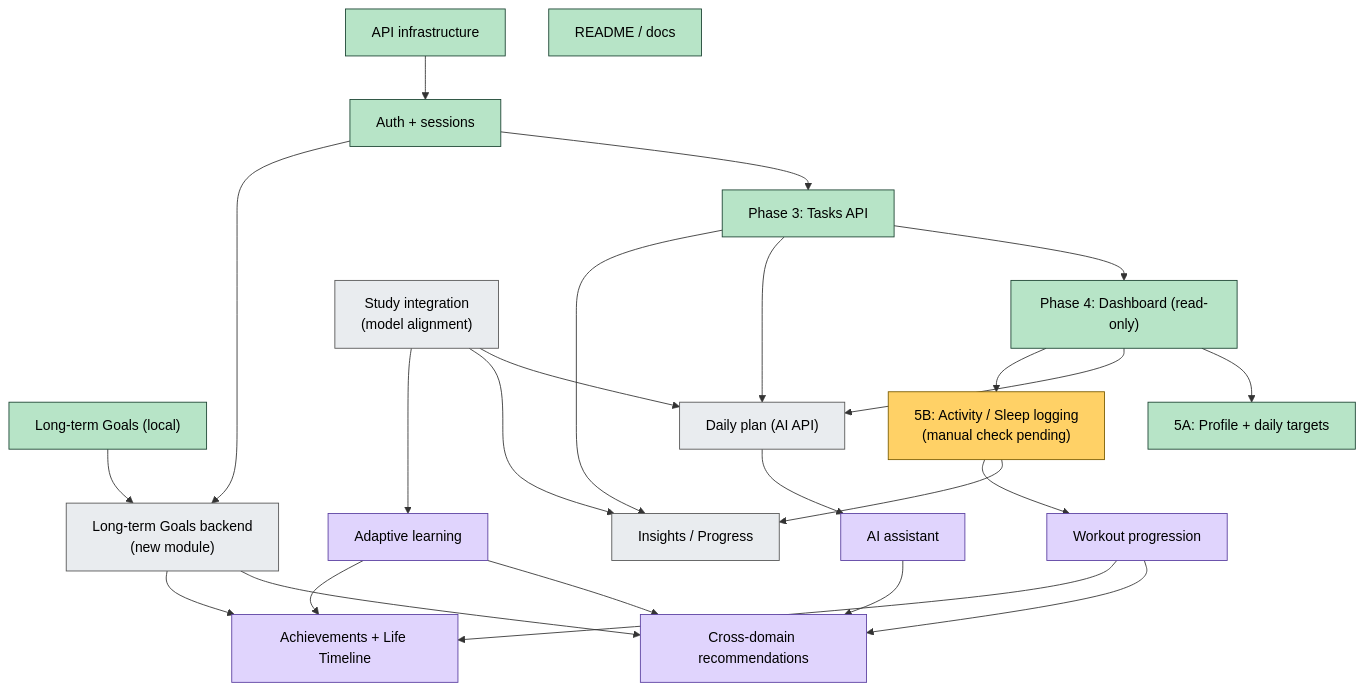
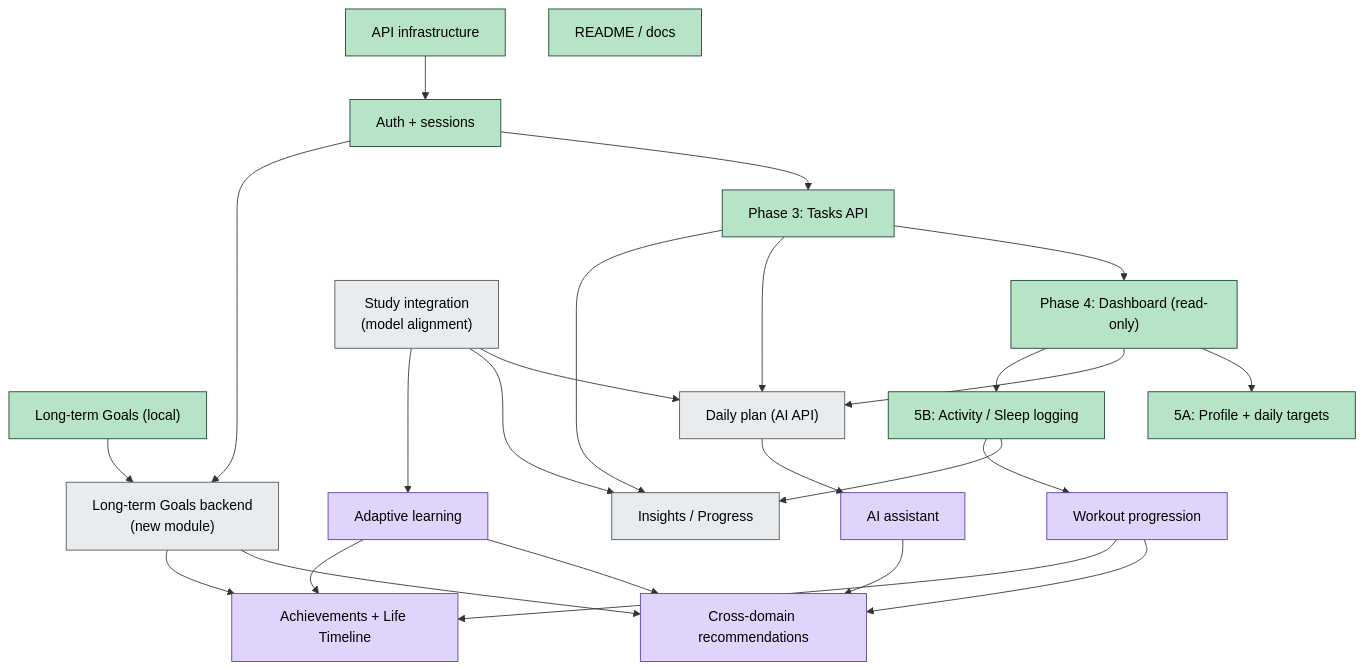
One commit to Gaoher-1207/omnia changed the diagram in docs/omnia-vault/Roadmap/Roadmap.md. Above: the diagram before and after it, drawn with Mermaid. The commit also changed other lines of this file and 71 other files, not shown here.

Commit message:
Refine Omnia UX architecture and design system

````diff
--- a/docs/omnia-vault/Roadmap/Roadmap.md
+++ b/docs/omnia-vault/Roadmap/Roadmap.md
@@ -26,48 +27,48 @@
 ```mermaid
 flowchart TD
     classDef done fill:#b7e4c7,stroke:#1b4332,color:#000
     classDef next fill:#ffd166,stroke:#7a5c00,color:#000
     classDef later fill:#e9ecef,stroke:#555,color:#000
     classDef vision fill:#e0d4fd,stroke:#5a3fa0,color:#000
 
     G["Long-term Goals (local)"]:::done
     INF["API infrastructure"]:::done
     AUTH["Auth + sessions"]:::done
     DOC["README / docs"]:::done
     T["Phase 3: Tasks API"]:::done
     DASH["Phase 4: Dashboard (read-only)"]:::done
     TGT["5A: Profile + daily targets"]:::done
     PLAN["Daily plan (AI API)"]:::later
     STUDY["Study integration<br/>(model alignment)"]:::later
-    TRACK["5B: Activity / Sleep logging<br/>(manual check pending)"]:::next
+    TRACK["5B: Activity / Sleep logging"]:::done
     INS["Insights / Progress"]:::later
     GB["Long-term Goals backend<br/>(new module)"]:::later
     AL["Adaptive learning"]:::vision
     FIT["Workout progression"]:::vision
     AIA["AI assistant"]:::vision
     XD["Cross-domain recommendations"]:::vision
     ACH["Achievements + Life Timeline"]:::vision
 
     INF --> AUTH --> T
     T --> DASH
     DASH --> TGT
     DASH --> PLAN
     T --> PLAN
     STUDY --> PLAN
     DASH --> TRACK
     TRACK --> INS
     T --> INS
     STUDY --> INS
     AUTH --> GB
     G --> GB
     STUDY --> AL
     TRACK --> FIT
     PLAN --> AIA
     AL --> XD
     FIT --> XD
     GB --> XD
     AIA --> XD
     GB --> ACH
     FIT --> ACH
     AL --> ACH
 ```
````
